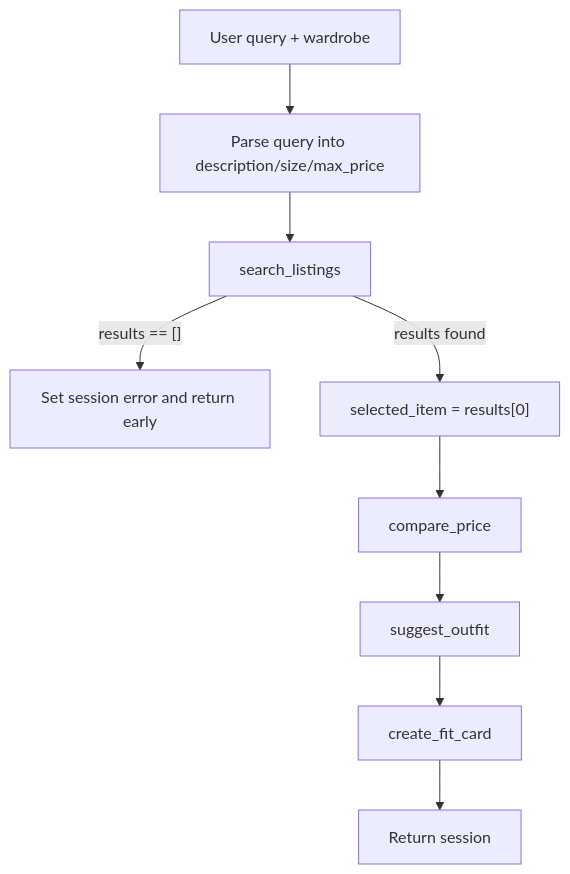
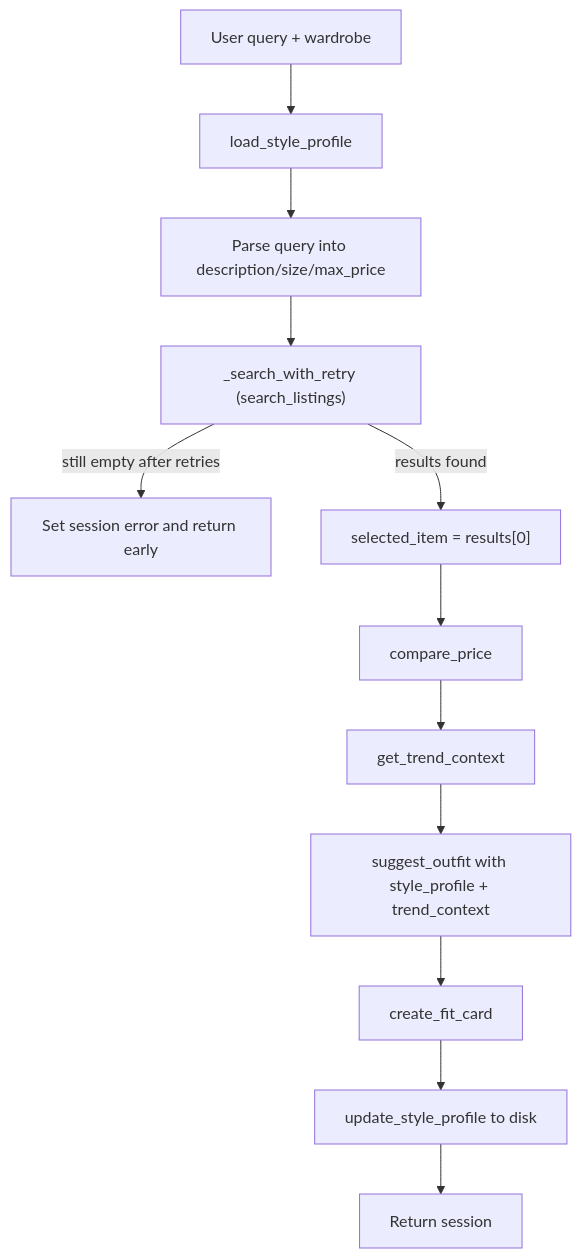
The diagram in README.md (ethanncyb/ai201-project2-fitfindr-starter), drawn with Mermaid before and after one commit. The commit also changed other lines of this file and 1 other file, not shown here.

````diff
--- a/README.md
+++ b/README.md
@@ -126,11 +174,14 @@
 ```mermaid
 flowchart TD
-    UserQuery[User query + wardrobe] --> Parse[Parse query into description/size/max_price]
-    Parse --> Search[search_listings]
-    Search -->|"results == []"| Error[Set session error and return early]
-    Search -->|"results found"| Select["selected_item = results[0]"]
+    UserQuery[User query + wardrobe] --> LoadProfile[load_style_profile]
+    LoadProfile --> Parse[Parse query into description/size/max_price]
+    Parse --> SearchRetry["_search_with_retry (search_listings)"]
+    SearchRetry -->|"still empty after retries"| Error[Set session error and return early]
+    SearchRetry -->|"results found"| Select["selected_item = results[0]"]
     Select --> PriceCheck[compare_price]
-    PriceCheck --> Suggest[suggest_outfit]
+    PriceCheck --> Trends[get_trend_context]
+    Trends --> Suggest["suggest_outfit with style_profile + trend_context"]
     Suggest --> FitCard[create_fit_card]
-    FitCard --> Done[Return session]
+    FitCard --> Remember[update_style_profile to disk]
+    Remember --> Done[Return session]
 ```
````
